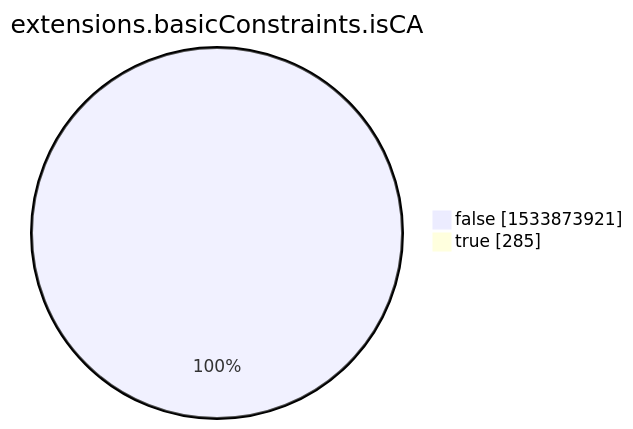
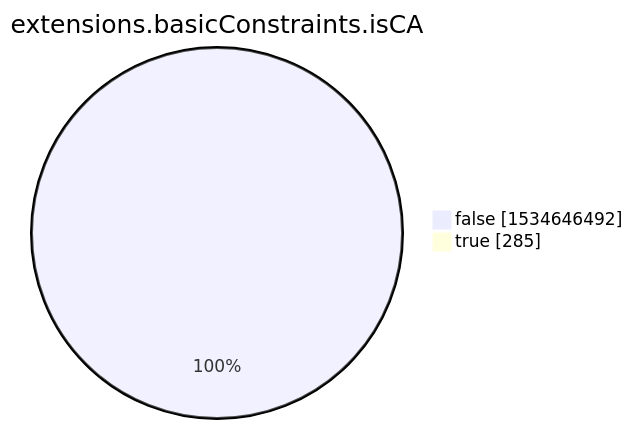
One commit to christiankrug/ctmonitor_visualization changed the eighth of 15 diagrams in xenon2022/README.md. Above: the diagram before and after it, drawn with Mermaid. The commit also changed other lines of this file, not shown here.

````diff
--- a/xenon2022/README.md
+++ b/xenon2022/README.md
@@ -2857,6 +2857,6 @@
 ```mermaid
 pie showData
 title extensions.basicConstraints.isCA
-"false" :1533873921
+"false" :1534646492
 "true" :285
 ```
````
